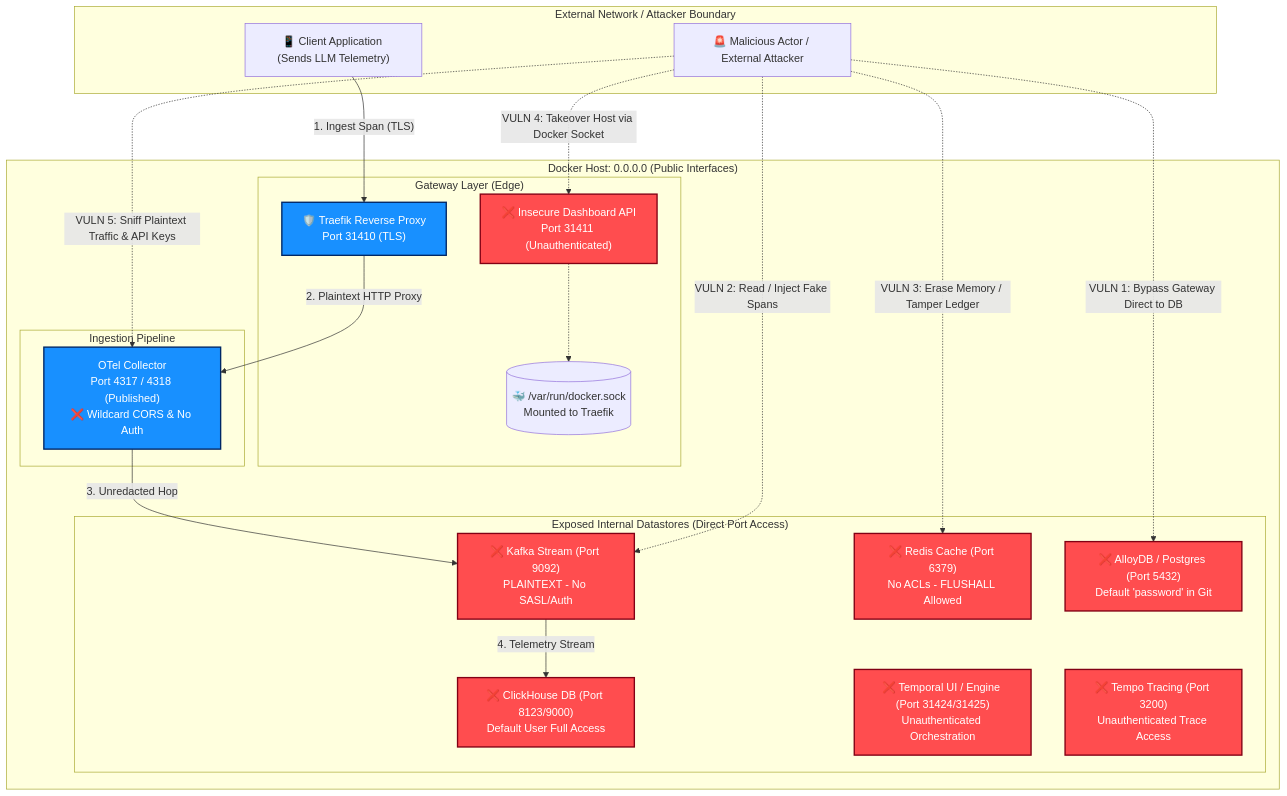
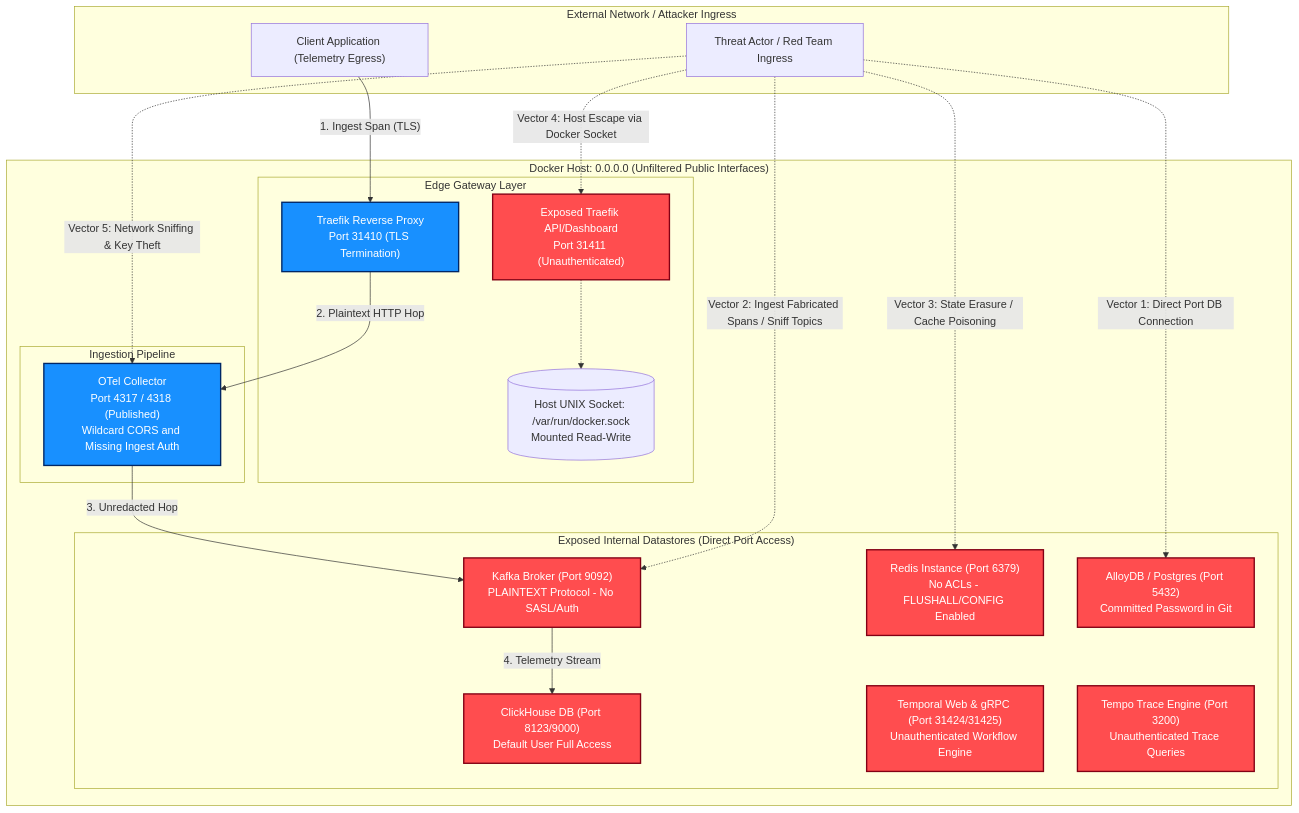
Before and after one commit to Chief-Strategist-J/llm-observability-platform: the first of 7 diagrams in packages/configs/llm-obs-infra/adr/0007-critical-security-remediation-mandate.md, drawn with Mermaid. The commit also changed other lines of this file, not shown here.

Commit message:
docs(adr): sanitize mermaid diagrams to formal Red Team nomenclature without emojis

````diff
--- a/packages/configs/llm-obs-infra/adr/0007-critical-security-remediation-mandate.md
+++ b/packages/configs/llm-obs-infra/adr/0007-critical-security-remediation-mandate.md
@@ -39,49 +39,49 @@
 ```mermaid
 flowchart TB
-    subgraph External_Untrusted["External Network / Attacker Boundary"]
-        Attacker["🚨 Malicious Actor / External Attacker"]
-        ClientApp["📱 Client Application (Sends LLM Telemetry)"]
+    subgraph External_Untrusted["External Network / Attacker Ingress"]
+        Attacker["Threat Actor / Red Team Ingress"]
+        ClientApp["Client Application (Telemetry Egress)"]
     end
 
-    subgraph Host_Perimeter["Docker Host: 0.0.0.0 (Public Interfaces)"]
-        subgraph Gateway_Layer["Gateway Layer (Edge)"]
-            Traefik["🛡️ Traefik Reverse Proxy<br/>Port 31410 (TLS)"]
-            TraefikAPI["❌ Insecure Dashboard API<br/>Port 31411 (Unauthenticated)"]
-            DockerSock[("🐳 /var/run/docker.sock<br/>Mounted to Traefik")]
+    subgraph Host_Perimeter["Docker Host: 0.0.0.0 (Unfiltered Public Interfaces)"]
+        subgraph Gateway_Layer["Edge Gateway Layer"]
+            Traefik["Traefik Reverse Proxy<br/>Port 31410 (TLS Termination)"]
+            TraefikAPI["Exposed Traefik API/Dashboard<br/>Port 31411 (Unauthenticated)"]
+            DockerSock[("Host UNIX Socket: /var/run/docker.sock<br/>Mounted Read-Write")]
         end
 
         subgraph Ingestion_Layer["Ingestion Pipeline"]
-            OTel["OTel Collector<br/>Port 4317 / 4318 (Published)<br/>❌ Wildcard CORS & No Auth"]
+            OTel["OTel Collector<br/>Port 4317 / 4318 (Published)<br/>Wildcard CORS and Missing Ingest Auth"]
         end
 
         subgraph Exposed_Datastores["Exposed Internal Datastores (Direct Port Access)"]
-            Kafka["❌ Kafka Stream (Port 9092)<br/>PLAINTEXT - No SASL/Auth"]
-            Redis["❌ Redis Cache (Port 6379)<br/>No ACLs - FLUSHALL Allowed"]
-            ClickHouse["❌ ClickHouse DB (Port 8123/9000)<br/>Default User Full Access"]
-            AlloyDB["❌ AlloyDB / Postgres (Port 5432)<br/>Default 'password' in Git"]
-            Temporal["❌ Temporal UI / Engine (Port 31424/31425)<br/>Unauthenticated Orchestration"]
-            Tempo["❌ Tempo Tracing (Port 3200)<br/>Unauthenticated Trace Access"]
+            Kafka["Kafka Broker (Port 9092)<br/>PLAINTEXT Protocol - No SASL/Auth"]
+            Redis["Redis Instance (Port 6379)<br/>No ACLs - FLUSHALL/CONFIG Enabled"]
+            ClickHouse["ClickHouse DB (Port 8123/9000)<br/>Default User Full Access"]
+            AlloyDB["AlloyDB / Postgres (Port 5432)<br/>Committed Password in Git"]
+            Temporal["Temporal Web & gRPC (Port 31424/31425)<br/>Unauthenticated Workflow Engine"]
+            Tempo["Tempo Trace Engine (Port 3200)<br/>Unauthenticated Trace Queries"]
         end
     end
 
-    %% Normal Flow
+    %% Standard Flow
     ClientApp -->|"1. Ingest Span (TLS)"| Traefik
-    Traefik -->|"2. Plaintext HTTP Proxy"| OTel
+    Traefik -->|"2. Plaintext HTTP Hop"| OTel
     OTel -->|"3. Unredacted Hop"| Kafka
     Kafka -->|"4. Telemetry Stream"| ClickHouse
 
     %% Exploit Vectors
-    Attacker -.->|"VULN 1: Bypass Gateway Direct to DB"| AlloyDB
-    Attacker -.->|"VULN 2: Read / Inject Fake Spans"| Kafka
-    Attacker -.->|"VULN 3: Erase Memory / Tamper Ledger"| Redis
-    Attacker -.->|"VULN 4: Takeover Host via Docker Socket"| TraefikAPI
+    Attacker -.->|"Vector 1: Direct Port DB Connection"| AlloyDB
+    Attacker -.->|"Vector 2: Ingest Fabricated Spans / Sniff Topics"| Kafka
+    Attacker -.->|"Vector 3: State Erasure / Cache Poisoning"| Redis
+    Attacker -.->|"Vector 4: Host Escape via Docker Socket"| TraefikAPI
     TraefikAPI -.-> DockerSock
-    Attacker -.->|"VULN 5: Sniff Plaintext Traffic & API Keys"| OTel
+    Attacker -.->|"Vector 5: Network Sniffing & Key Theft"| OTel
 
     classDef vuln fill:#ff4d4f,stroke:#820014,stroke-width:2px,color:#fff;
     classDef edge fill:#1890ff,stroke:#002766,stroke-width:2px,color:#fff;
     classDef safe fill:#52c41a,stroke:#135200,stroke-width:2px,color:#fff;
 
     class TraefikAPI,Kafka,Redis,ClickHouse,AlloyDB,Temporal,Tempo vuln;
     class Traefik,OTel edge;
 ```
````
